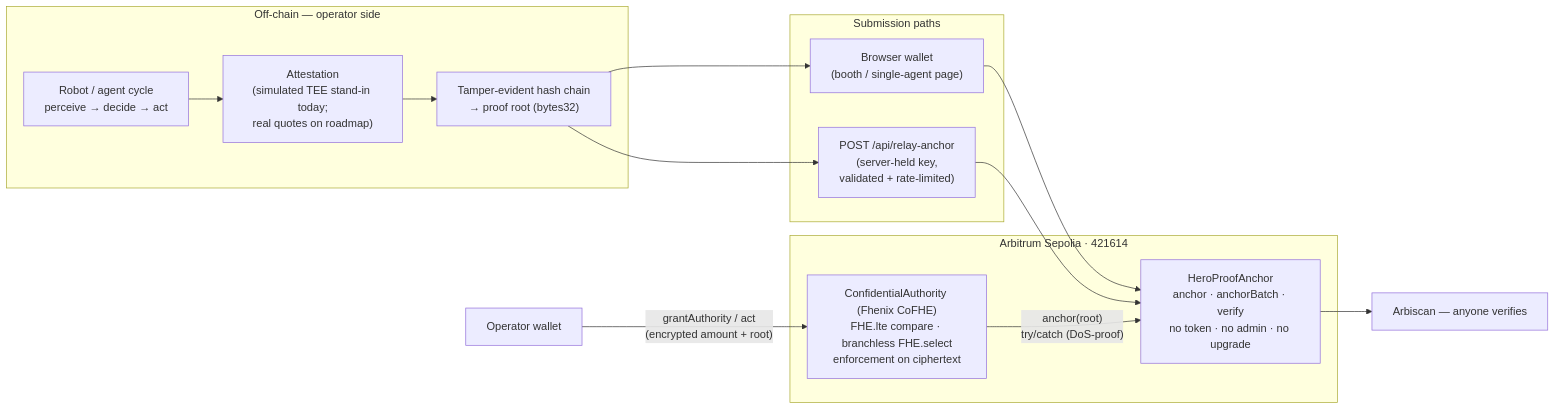
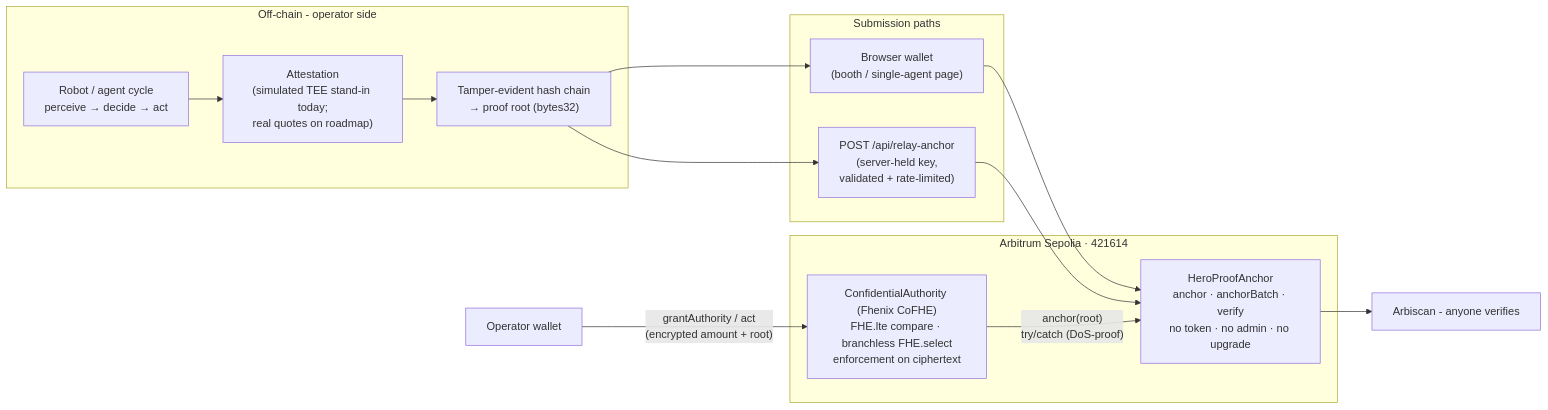
The diagram in README.md (joyosive/hero-anchor), drawn with Mermaid before and after one commit. The commit also changed other lines of this file and 42 other files, not shown here.

````diff
--- a/README.md
+++ b/README.md
@@ -73,25 +73,25 @@
 ```mermaid
 flowchart LR
-    subgraph OFF["Off-chain — operator side"]
+    subgraph OFF["Off-chain - operator side"]
         CYC["Robot / agent cycle<br/>perceive → decide → act"]
         ATT["Attestation<br/>(simulated TEE stand-in today;<br/>real quotes on roadmap)"]
         ROOT["Tamper-evident hash chain<br/>→ proof root (bytes32)"]
         CYC --> ATT --> ROOT
     end
 
     subgraph SUBMIT["Submission paths"]
         BW["Browser wallet<br/>(booth / single-agent page)"]
         RL["POST /api/relay-anchor<br/>(server-held key,<br/>validated + rate-limited)"]
     end
 
     subgraph ARB["Arbitrum Sepolia · 421614"]
         PA["HeroProofAnchor<br/>anchor · anchorBatch · verify<br/>no token · no admin · no upgrade"]
         CA["ConfidentialAuthority (Fhenix CoFHE)<br/>FHE.lte compare · branchless FHE.select<br/>enforcement on ciphertext"]
     end
 
     ROOT --> BW --> PA
     ROOT --> RL --> PA
     OPW["Operator wallet"] -->|"grantAuthority / act<br/>(encrypted amount + root)"| CA
     CA -->|"anchor(root)<br/>try/catch (DoS-proof)"| PA
-    PA --> SCAN["Arbiscan — anyone verifies"]
+    PA --> SCAN["Arbiscan - anyone verifies"]
 ```
````
